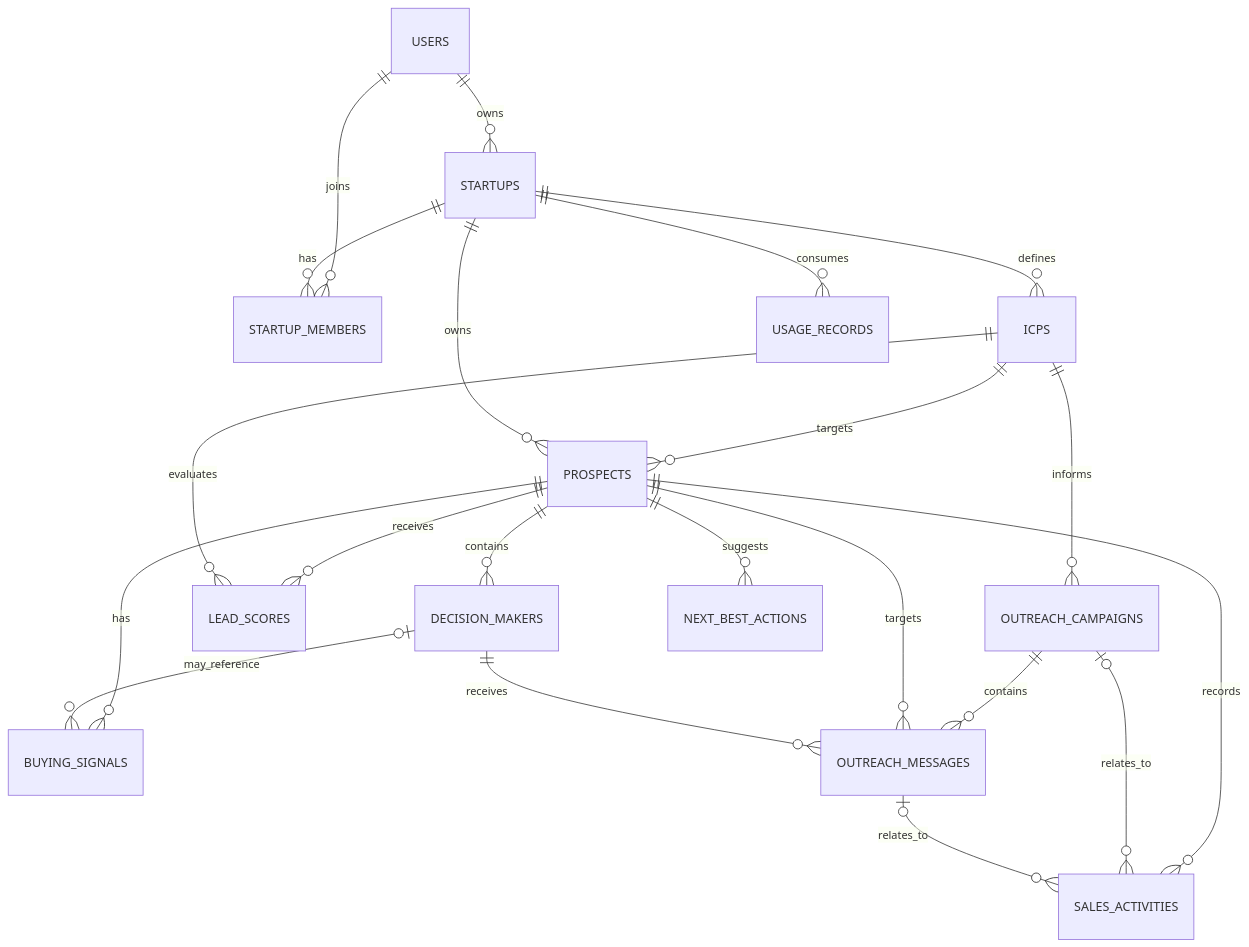
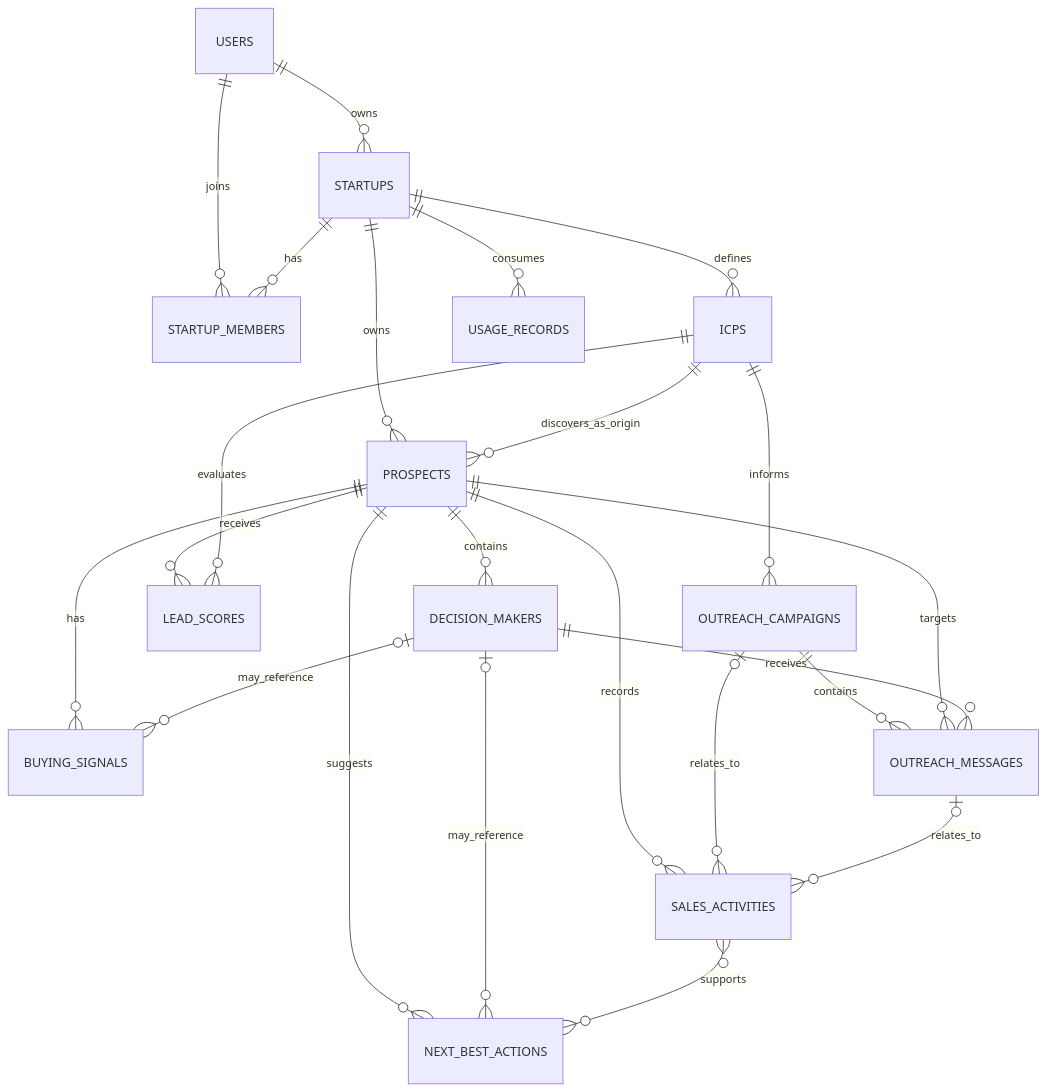
The diagram in docs/DATABASE_ARCHITECTURE.md (NAVEENKUMAR-T-GIT-28/BlueCode-OS), drawn with Mermaid before and after one commit. The commit also changed other lines of this file and 6 other files, not shown here.

````diff
--- a/docs/DATABASE_ARCHITECTURE.md
+++ b/docs/DATABASE_ARCHITECTURE.md
@@ -613,23 +812,25 @@
 ```mermaid
 erDiagram
     USERS ||--o{ STARTUPS : owns
     USERS ||--o{ STARTUP_MEMBERS : joins
     STARTUPS ||--o{ STARTUP_MEMBERS : has
     STARTUPS ||--o{ ICPS : defines
-    ICPS ||--o{ PROSPECTS : targets
     STARTUPS ||--o{ PROSPECTS : owns
+    ICPS ||--o{ PROSPECTS : discovers_as_origin
     PROSPECTS ||--o{ DECISION_MAKERS : contains
     PROSPECTS ||--o{ LEAD_SCORES : receives
     ICPS ||--o{ LEAD_SCORES : evaluates
     PROSPECTS ||--o{ BUYING_SIGNALS : has
     DECISION_MAKERS o|--o{ BUYING_SIGNALS : may_reference
     ICPS ||--o{ OUTREACH_CAMPAIGNS : informs
     OUTREACH_CAMPAIGNS ||--o{ OUTREACH_MESSAGES : contains
     PROSPECTS ||--o{ OUTREACH_MESSAGES : targets
     DECISION_MAKERS ||--o{ OUTREACH_MESSAGES : receives
     PROSPECTS ||--o{ SALES_ACTIVITIES : records
     OUTREACH_CAMPAIGNS o|--o{ SALES_ACTIVITIES : relates_to
     OUTREACH_MESSAGES o|--o{ SALES_ACTIVITIES : relates_to
     PROSPECTS ||--o{ NEXT_BEST_ACTIONS : suggests
+    DECISION_MAKERS o|--o{ NEXT_BEST_ACTIONS : may_reference
+    SALES_ACTIVITIES }o--o{ NEXT_BEST_ACTIONS : supports
     STARTUPS ||--o{ USAGE_RECORDS : consumes
 ```
````
